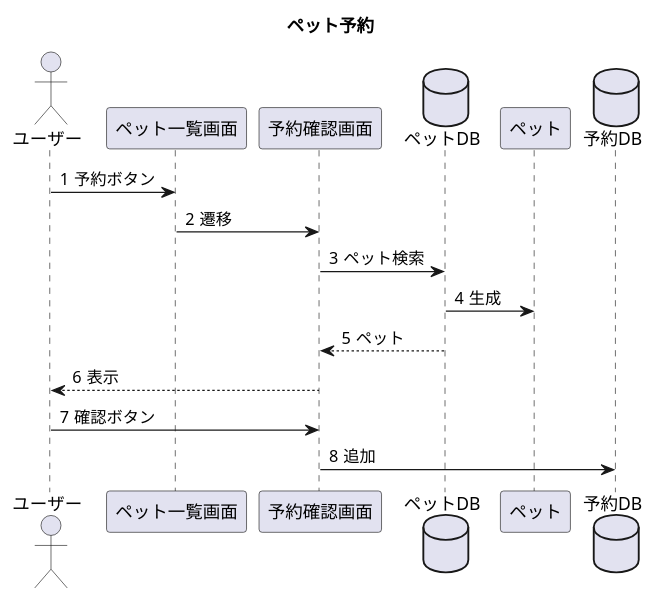
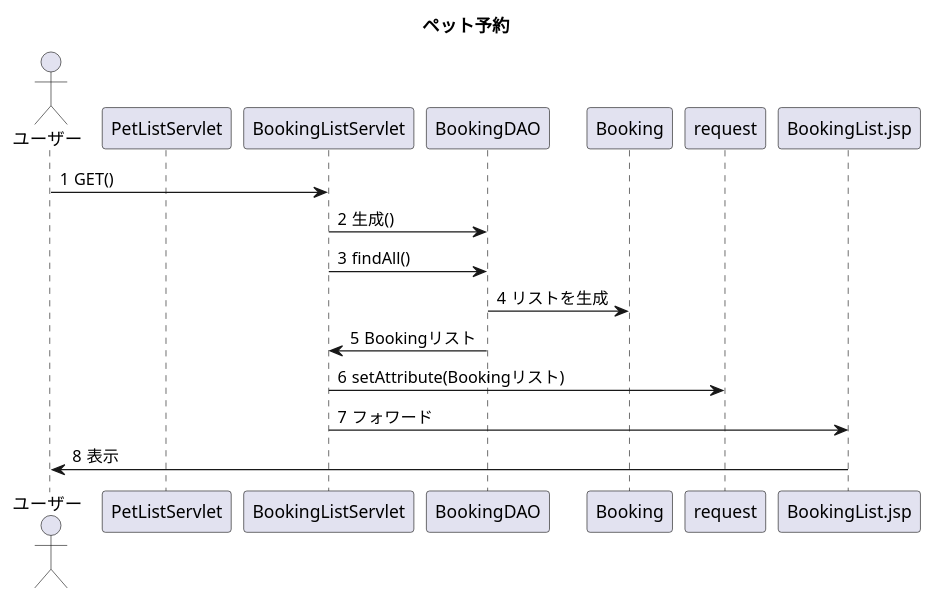
One commit to Tyamanaka07/WebSystem changed the diagram in detail.uml/seq_booking.pu. Above: the diagram before and after it, drawn with PlantUML.

Commit message:
予約のシーケンス図を作成

```diff
--- a/detail.uml/seq_booking.pu
+++ b/detail.uml/seq_booking.pu
@@ -1,20 +1,18 @@
 @startuml
 title ペット予約
 actor ユーザー
-participant ペット一覧画面
-participant 予約確認画面
-database ペットDB
-participant ペット
-database 予約DB
+participant PetListServlet
+participant BookingListServlet
 autonumber "#"
 
-ユーザー->ペット一覧画面:予約ボタン
-ペット一覧画面->予約確認画面:遷移
-予約確認画面->ペットDB:ペット検索
-ペットDB->ペット:生成
-ペットDB-->予約確認画面:ペット
-予約確認画面-->ユーザー:表示
-ユーザー->予約確認画面:確認ボタン
-予約確認画面->予約DB:追加
+ユーザー->BookingListServlet : GET()
+BookingListServlet->BookingDAO : 生成()
+BookingListServlet->BookingDAO : findAll()
+BookingDAO->Booking : リストを生成
+BookingDAO->BookingListServlet : Bookingリスト
+BookingListServlet->request : setAttribute(Bookingリスト)
+BookingListServlet->BookingList.jsp : フォワード
+BookingList.jsp->ユーザー : 表示
+
 
 @enduml
```
